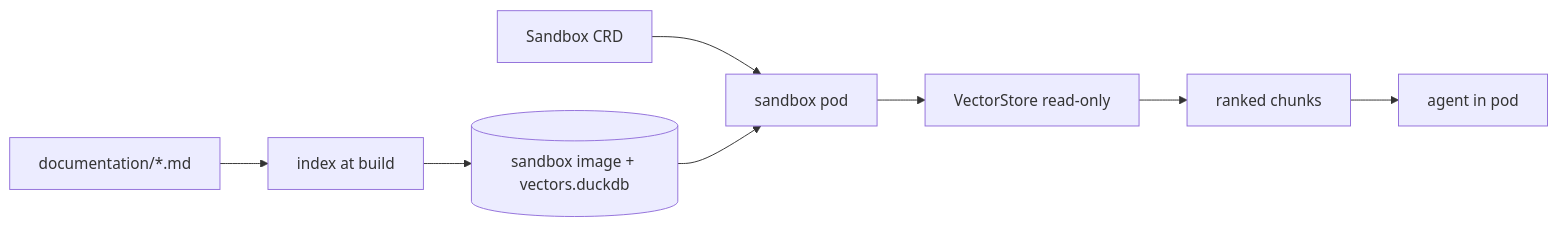
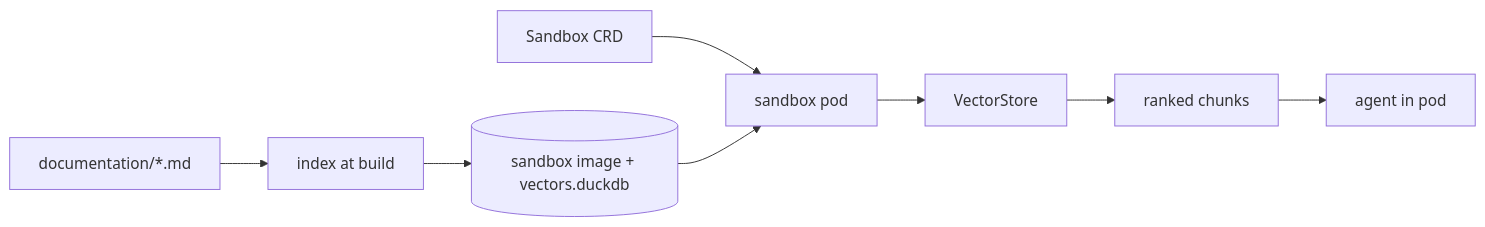
Before and after one commit to bernard357/duckdb-vectors: the diagram in documentation/agent-sandbox-kubernetes-guide.md, drawn with Mermaid. The commit also changed other lines of this file and 41 other files, not shown here.

First line of the commit message:
refactor!: remove the read-only store concept package-wide

````diff
--- a/documentation/agent-sandbox-kubernetes-guide.md
+++ b/documentation/agent-sandbox-kubernetes-guide.md
@@ -28,10 +28,10 @@
 ```mermaid
 flowchart LR
     Docs[documentation/*.md] --> Build[index at build]
     Build --> Image[(sandbox image + vectors.duckdb)]
     Sandbox[Sandbox CRD] --> Pod[sandbox pod]
     Image --> Pod
-    Pod --> Store[VectorStore read-only]
+    Pod --> Store[VectorStore]
     Store --> Hits[ranked chunks]
     Hits --> Agent[agent in pod]
 ```
````
